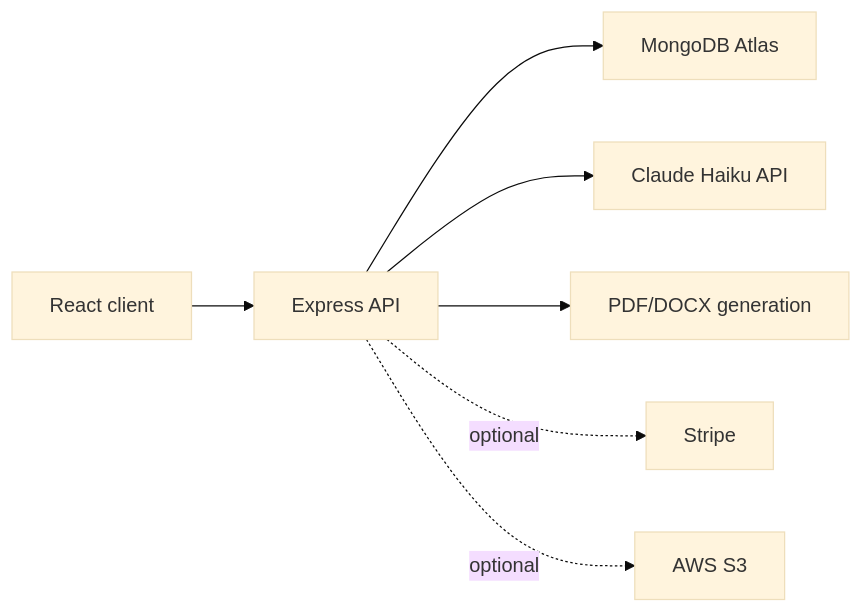
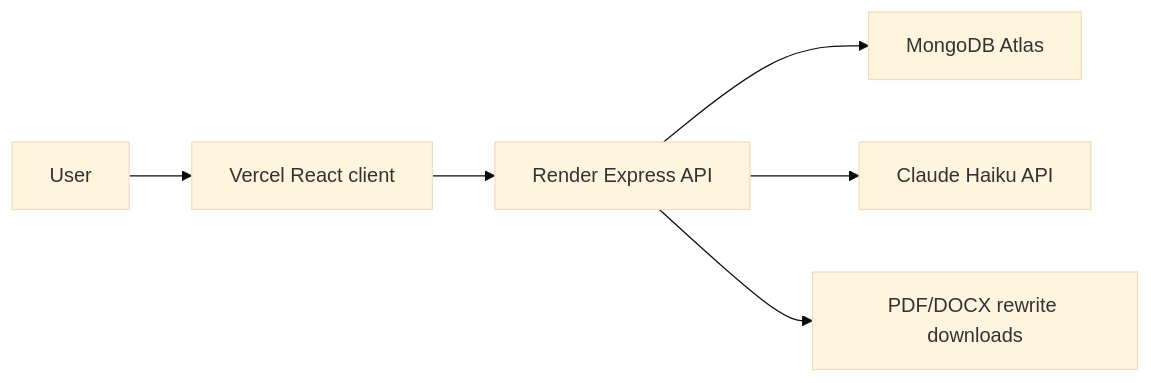
Before and after one commit to Aashish-cs/ResumeRoast: the diagram in README.md, drawn with Mermaid (base theme). The commit also changed other lines of this file, not shown here.

Commit message:
Rewrite README for launched project

````diff
--- a/README.md
+++ b/README.md
@@ -47,9 +54,8 @@
 ```mermaid
 flowchart LR
-  A["React client"] --> B["Express API"]
+  U["User"] --> A["Vercel React client"]
+  A --> B["Render Express API"]
   B --> C["MongoDB Atlas"]
   B --> D["Claude Haiku API"]
-  B --> E["PDF/DOCX generation"]
-  B -. optional .-> F["Stripe"]
-  B -. optional .-> G["AWS S3"]
+  B --> E["PDF/DOCX rewrite downloads"]
 ```
````
